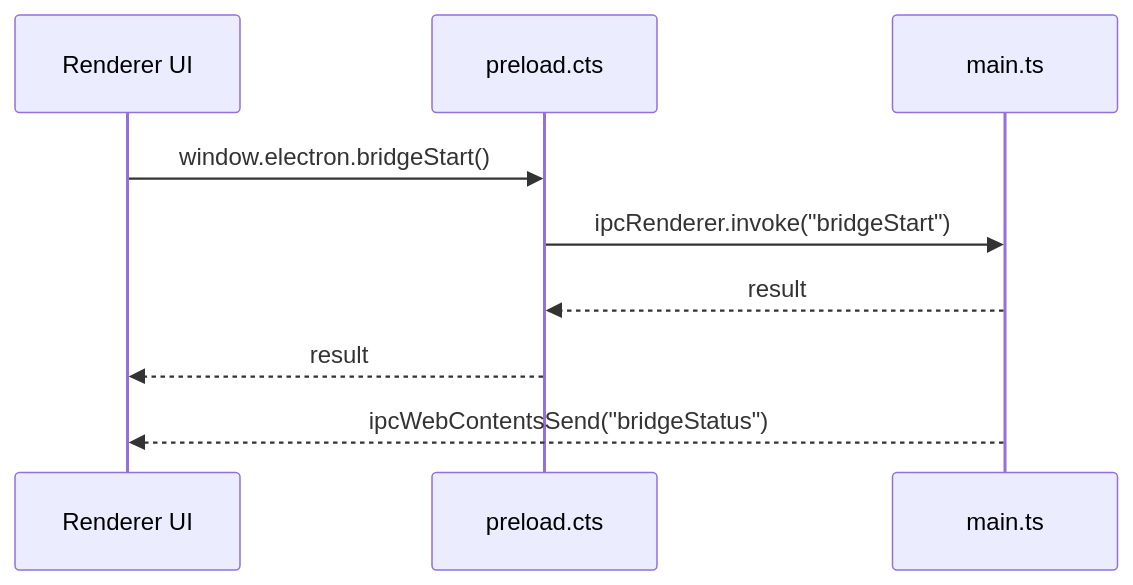
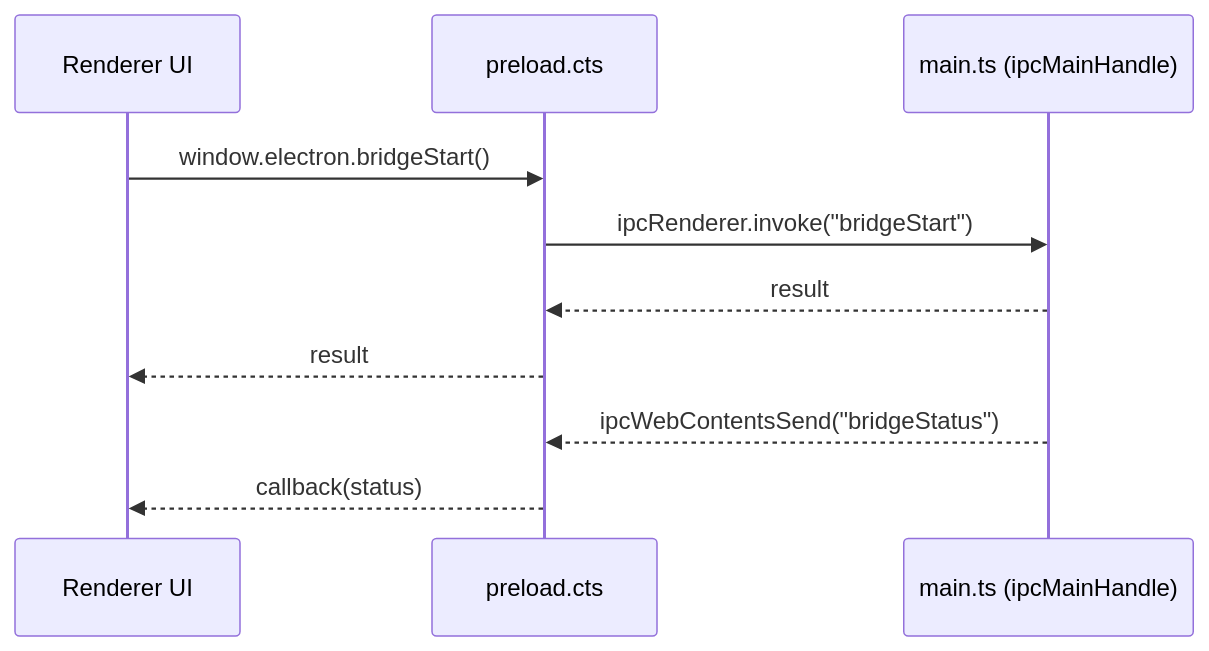
One commit to pivotrecruiting/broadify-bridge changed the diagram in docs/desktop/subsystems/ipc-flow.md. Above: the diagram before and after it, drawn with Mermaid. The commit also changed other lines of this file and 12 other files, not shown here.

````diff
--- a/docs/desktop/subsystems/ipc-flow.md
+++ b/docs/desktop/subsystems/ipc-flow.md
@@ -7,13 +7,14 @@
 ```mermaid
 sequenceDiagram
   participant UI as Renderer UI
   participant Preload as preload.cts
-  participant Main as main.ts
+  participant Main as main.ts (ipcMainHandle)
 
   UI->>Preload: window.electron.bridgeStart()
   Preload->>Main: ipcRenderer.invoke("bridgeStart")
   Main-->>Preload: result
   Preload-->>UI: result
 
-  Main-->>UI: ipcWebContentsSend("bridgeStatus")
+  Main-->>Preload: ipcWebContentsSend("bridgeStatus")
+  Preload-->>UI: callback(status)
 ```
````
